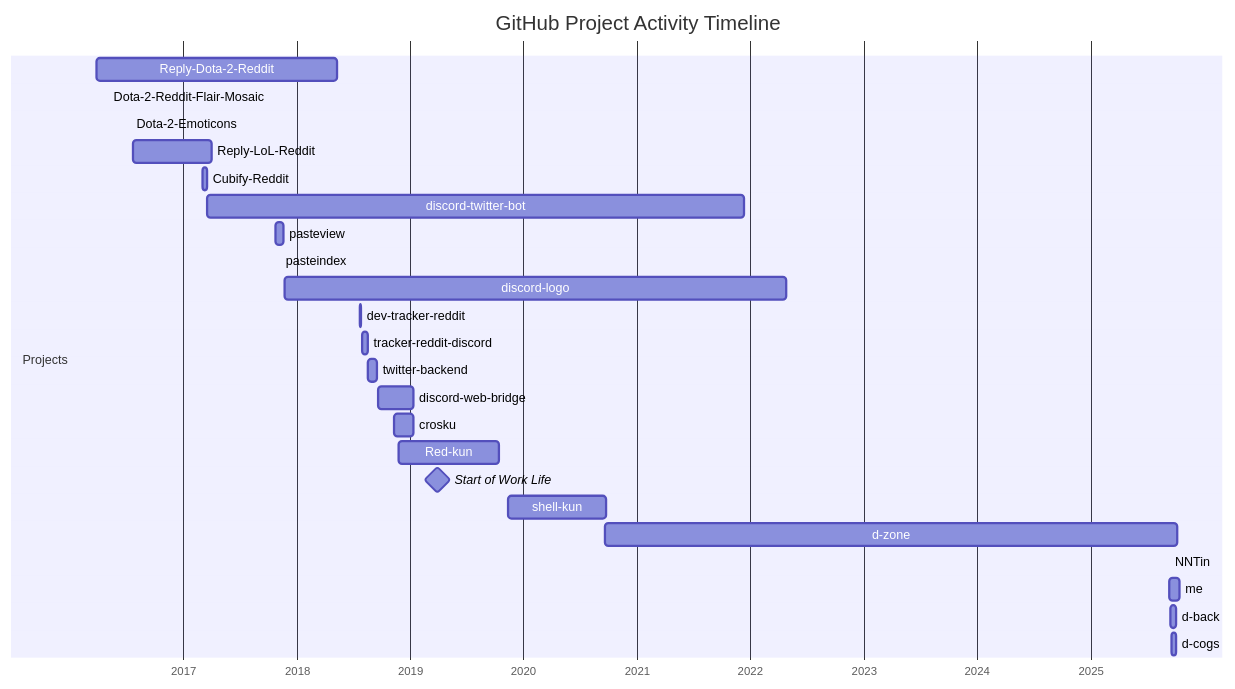
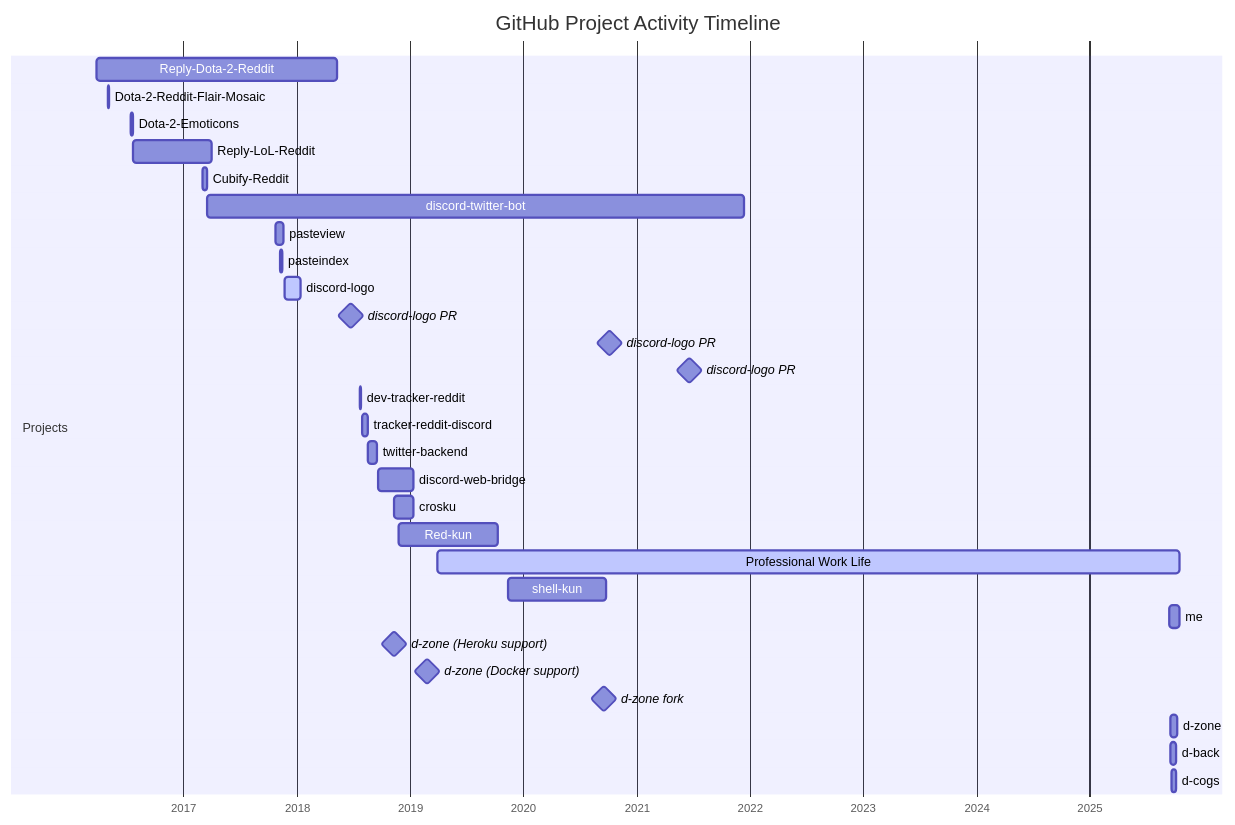
Before and after one commit to NNTin/me: the diagram in _projects/projects.md, drawn with Mermaid. The commit also changed other lines of this file and 1 other file, not shown here.

Commit message:
further apply css styling: hovering gantt, gives visual feedback it is being hovered

```diff
--- a/_projects/projects.md
+++ b/_projects/projects.md
@@ -8,30 +8,35 @@
 <div class="mermaid">
 gantt
     title GitHub Project Activity Timeline
     dateFormat  YYYY-MM-DD
     axisFormat  %Y
 
     section Projects
     Reply-Dota-2-Reddit     :rdr, 2016-03-27, 2018-05-10
-    Dota-2-Reddit-Flair-Mosaic :dfm, 2016-05-01, 2016-05-03
-    Dota-2-Emoticons        :de, 2016-07-16, 2016-07-16
+    Dota-2-Reddit-Flair-Mosaic :dfm, 2016-05-01, 2016-05-06
+    Dota-2-Emoticons        :de, 2016-07-16, 2016-07-21
     Reply-LoL-Reddit        :rlr, 2016-07-24, 2017-04-02
     Cubify-Reddit           :cr, 2017-03-04, 2017-03-19
     discord-twitter-bot     :dtb, 2017-03-20, 2021-12-12
     pasteview               :pv, 2017-10-24, 2017-11-20
-    pasteindex              :pi, 2017-11-10, 2017-11-10
-    discord-logo            :dl, 2017-11-24, 2022-04-26
+    pasteindex              :pi, 2017-11-10, 2017-11-15
+    discord-logo            :active, dl, 2017-11-24, 2018-01-14
+    discord-logo PR         :milestone, pr1, 2018-06-26, 0d
+    discord-logo PR         :milestone, pr2, 2020-10-07, 0d  
+    discord-logo PR         :milestone, pr3, 2021-06-20, 0d
     dev-tracker-reddit      :dtr, 2018-07-25, 2018-07-26
     tracker-reddit-discord  :trd, 2018-07-31, 2018-08-17
     twitter-backend         :tb, 2018-08-18, 2018-09-16
     discord-web-bridge      :dwb, 2018-09-20, 2019-01-11
     crosku                  :ck, 2018-11-11, 2019-01-12
     Red-kun                 :rk, 2018-11-27, 2019-10-13
-    Start of Work Life      :milestone, ps, 2019-04-01, 0d
+    Professional Work Life  :active, ps, 2019-04-01, until today
     shell-kun               :sk, 2019-11-15, 2020-09-23
-    d-zone                  :dz, 2020-09-19, 2025-10-10
-    NNTin                   :nn, 2025-09-13, 2025-09-13
     me                      :me, 2025-09-14, 2025-10-16
+    d-zone (Heroku support) :milestone, dz1, 2018-11-11, 0d
+    d-zone (Docker support) :milestone, dz2, 2019-02-24, 0d
+    d-zone fork             :milestone, dz3, 2020-09-19, 0d
+    d-zone                  :dz, 2025-09-18, 2025-10-10
     d-back                  :db, 2025-09-17, 2025-10-05
     d-cogs                  :dc, 2025-09-20, 2025-10-05
 </div>
```
